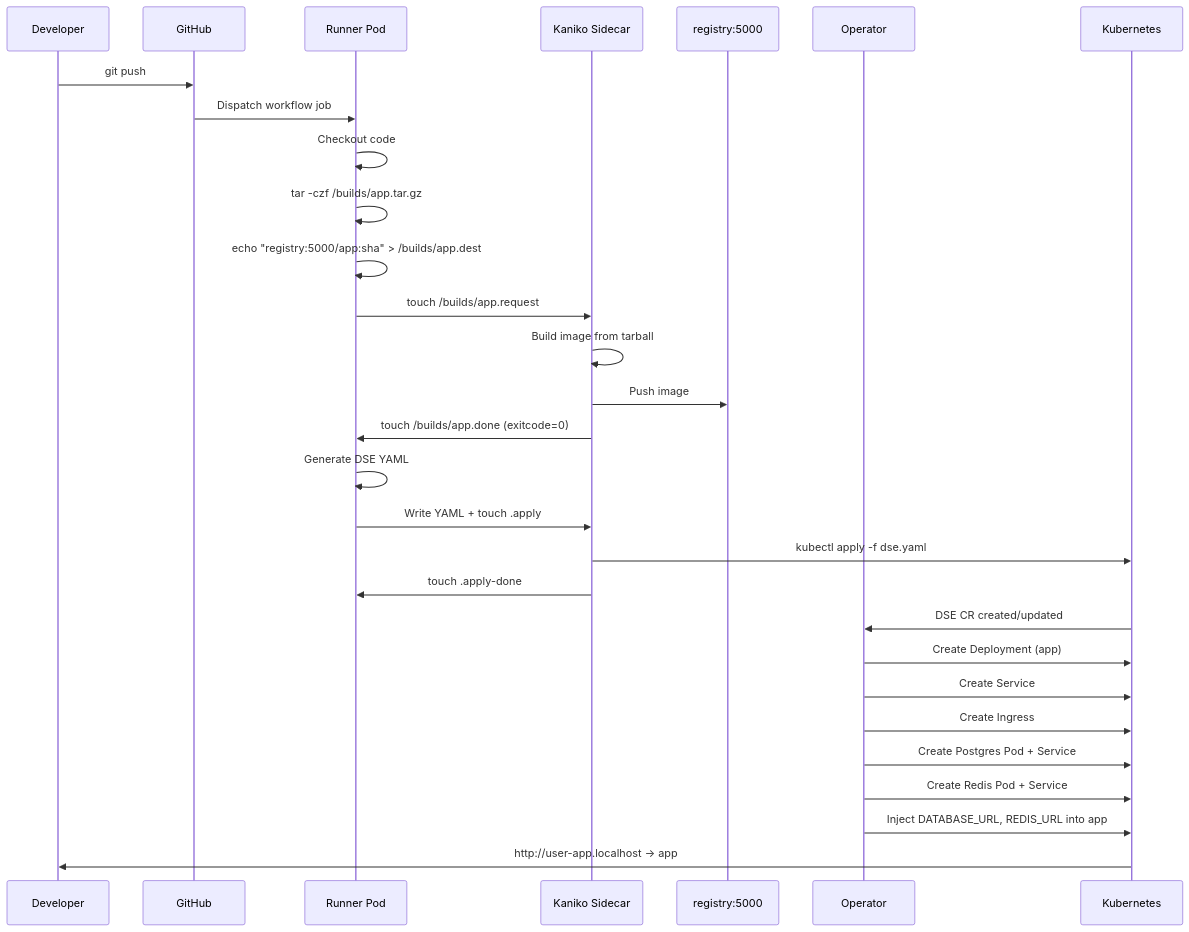
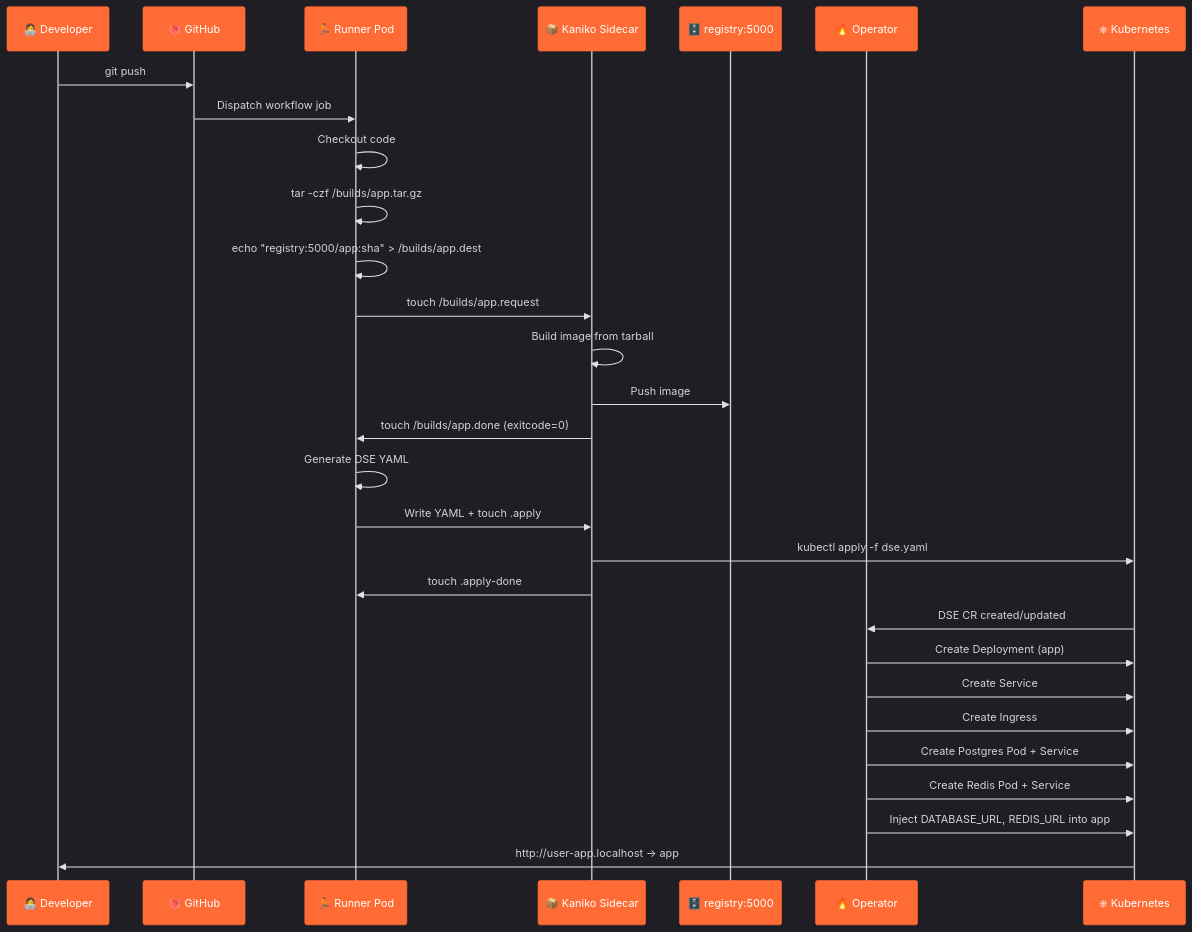
One commit to kindling-sh/kindling changed the second of 2 diagrams in docs-site/docs/architecture.md. Above: the diagram before and after it, drawn with Mermaid. The commit also changed other lines of this file and 4 other files, not shown here.

First line of the commit message:
fix: broken architecture diagram (reserved 'default' keyword), improve diagram branding

````diff
--- a/docs-site/docs/architecture.md
+++ b/docs-site/docs/architecture.md
@@ -197,32 +203,33 @@
 ```mermaid
+%%{init: {'theme': 'dark', 'themeVariables': {'actorBkg': '#FF6B35', 'actorTextColor': '#fff', 'actorBorder': '#FF6B35', 'signalColor': '#e0e0e0', 'noteBkgColor': '#112240', 'noteTextColor': '#e0e0e0'}}}%%
 sequenceDiagram
-    participant Dev as Developer
-    participant GH as GitHub
-    participant Runner as Runner Pod
-    participant Kaniko as Kaniko Sidecar
-    participant Registry as registry:5000
-    participant Operator as Operator
-    participant K8s as Kubernetes
+    participant Dev as 👩‍💻 Developer
+    participant GH as 🐙 GitHub
+    participant Runner as 🏃 Runner Pod
+    participant Kaniko as 📦 Kaniko Sidecar
+    participant Registry as 🗄️ registry:5000
+    participant Operator as 🔥 Operator
+    participant K8s as ⎈ Kubernetes
 
     Dev->>GH: git push
     GH->>Runner: Dispatch workflow job
     Runner->>Runner: Checkout code
     Runner->>Runner: tar -czf /builds/app.tar.gz
     Runner->>Runner: echo "registry:5000/app:sha" > /builds/app.dest
     Runner->>Kaniko: touch /builds/app.request
     Kaniko->>Kaniko: Build image from tarball
     Kaniko->>Registry: Push image
     Kaniko->>Runner: touch /builds/app.done (exitcode=0)
     Runner->>Runner: Generate DSE YAML
     Runner->>Kaniko: Write YAML + touch .apply
     Kaniko->>K8s: kubectl apply -f dse.yaml
     Kaniko->>Runner: touch .apply-done
     K8s->>Operator: DSE CR created/updated
     Operator->>K8s: Create Deployment (app)
     Operator->>K8s: Create Service
     Operator->>K8s: Create Ingress
     Operator->>K8s: Create Postgres Pod + Service
     Operator->>K8s: Create Redis Pod + Service
     Operator->>K8s: Inject DATABASE_URL, REDIS_URL into app
     K8s->>Dev: http://user-app.localhost → app
 ```
````
